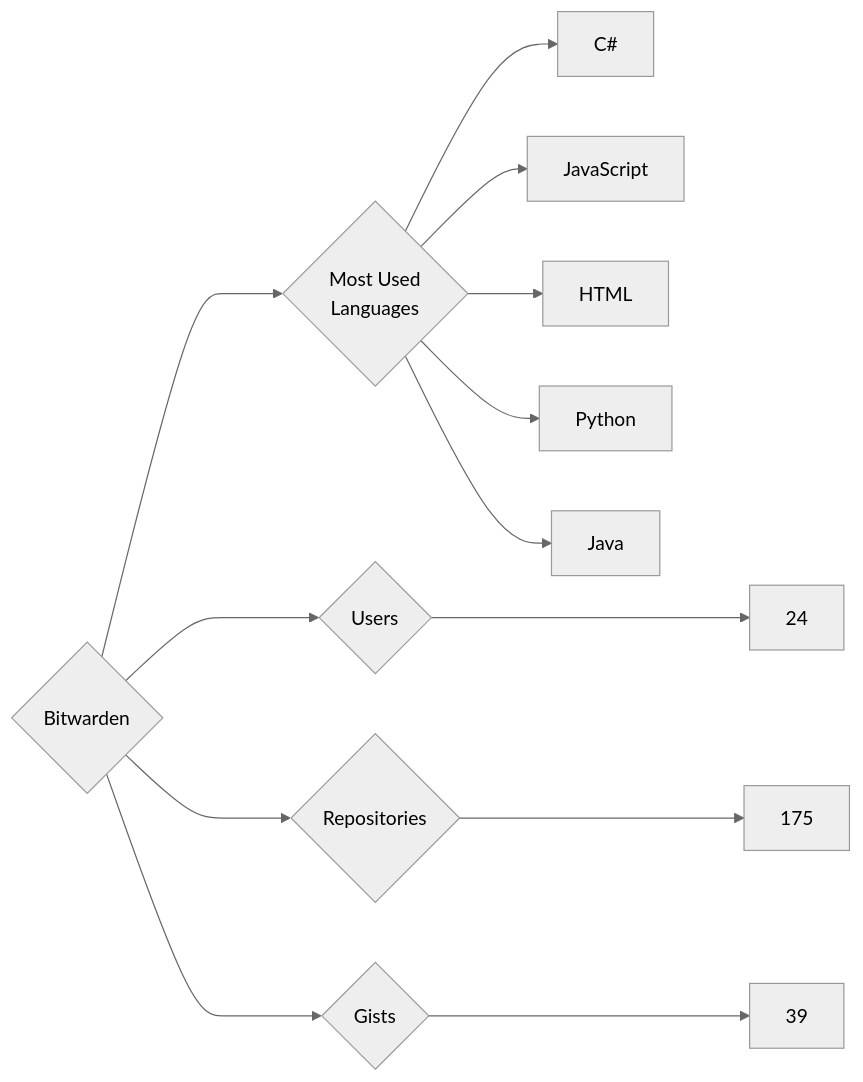
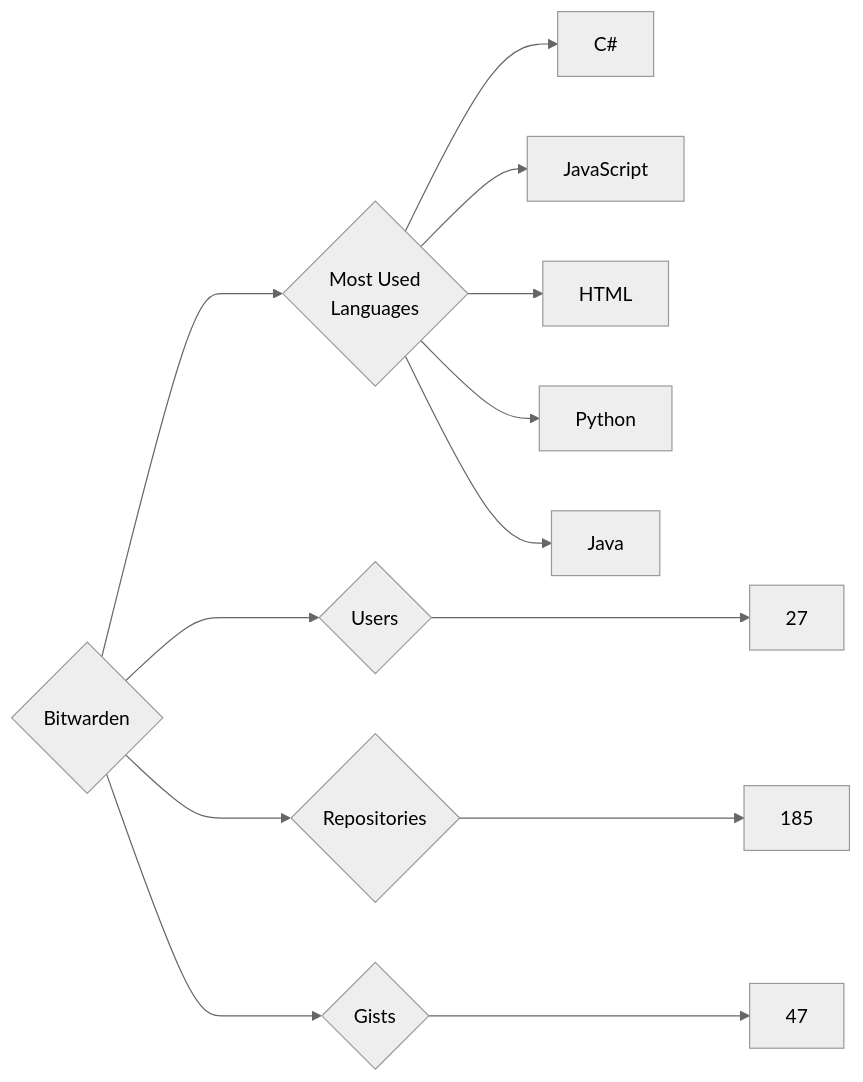
One commit to trickest/insiders changed the diagram in targets/Bitwarden/README.md. Above: the diagram before and after it, drawn with Mermaid (neutral theme). The commit also changed 912 other files, not shown here.

````diff
--- a/targets/Bitwarden/README.md
+++ b/targets/Bitwarden/README.md
@@ -3,13 +3,13 @@
 ```mermaid
 graph LR
 COMPANY_NAME{Bitwarden}
-COMPANY_NAME ---> U{Users} ---> UN[24]
-COMPANY_NAME ---> R{Repositories} ---> RN[175]
-COMPANY_NAME ---> G{Gists} ---> GN[39]
+COMPANY_NAME ---> U{Users} ---> UN[27]
+COMPANY_NAME ---> R{Repositories} ---> RN[185]
+COMPANY_NAME ---> G{Gists} ---> GN[47]
 COMPANY_NAME ---> ML{Most Used<br>Languages}
 ML --> C#[C#]
 ML --> JavaScript[JavaScript]
 ML --> HTML[HTML]
 ML --> Python[Python]
 ML --> Java[Java]
 ```
````
